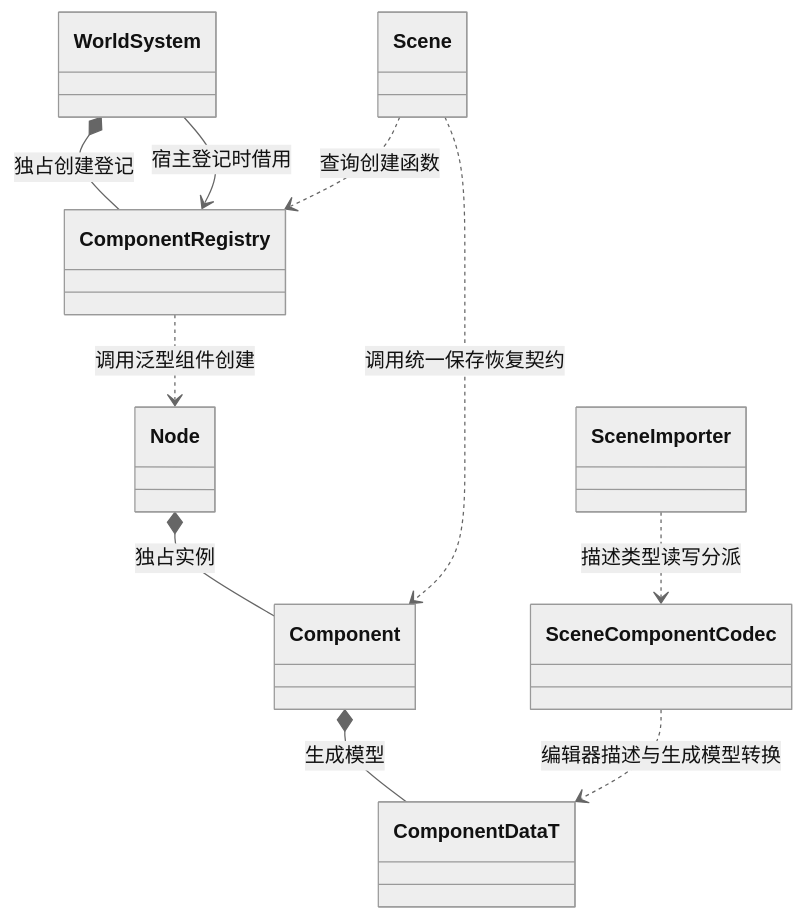
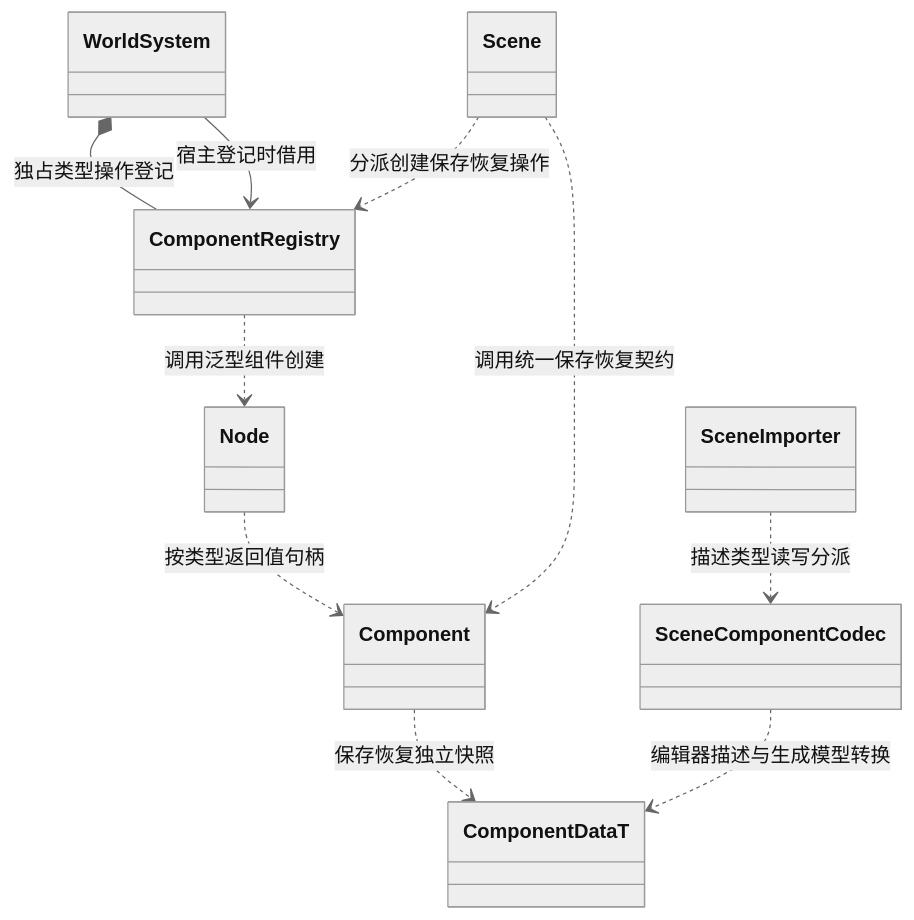
Diagram 21 of 35 in docs/class-diagrams/references.md (lcals/Engine), drawn with Mermaid (neutral theme) before and after one commit. The commit also changed other lines of this file and 291 other files, not shown here.

Commit message:
Migrate scene data to ECS and add rendering quality controls

````diff
--- a/docs/class-diagrams/references.md
+++ b/docs/class-diagrams/references.md
@@ -678,20 +680,20 @@
 ```mermaid
 classDiagram
     class Scene
     class Node
     class Component
     class ComponentRegistry
     class SceneImporter
     class SceneComponentCodec
     class ComponentDataT
     class WorldSystem
-    WorldSystem *-- ComponentRegistry : 独占创建登记
+    WorldSystem *-- ComponentRegistry : 独占类型操作登记
     WorldSystem --> ComponentRegistry : 宿主登记时借用
-    Scene ..> ComponentRegistry : 查询创建函数
+    Scene ..> ComponentRegistry : 分派创建保存恢复操作
     ComponentRegistry ..> Node : 调用泛型组件创建
-    Node *-- Component : 独占实例
+    Node ..> Component : 按类型返回值句柄
     Scene ..> Component : 调用统一保存恢复契约
-    Component *-- ComponentDataT : 生成模型
+    Component ..> ComponentDataT : 保存恢复独立快照
     SceneImporter ..> SceneComponentCodec : 描述类型读写分派
     SceneComponentCodec ..> ComponentDataT : 编辑器描述与生成模型转换
 ```
````
